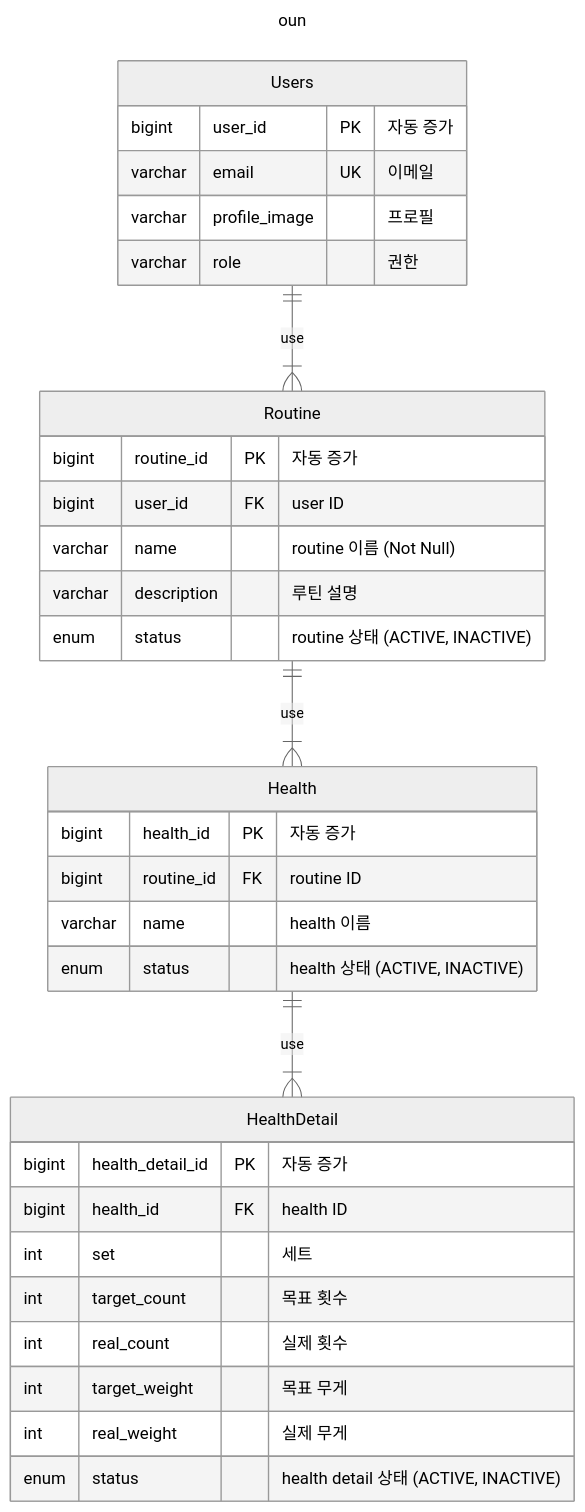
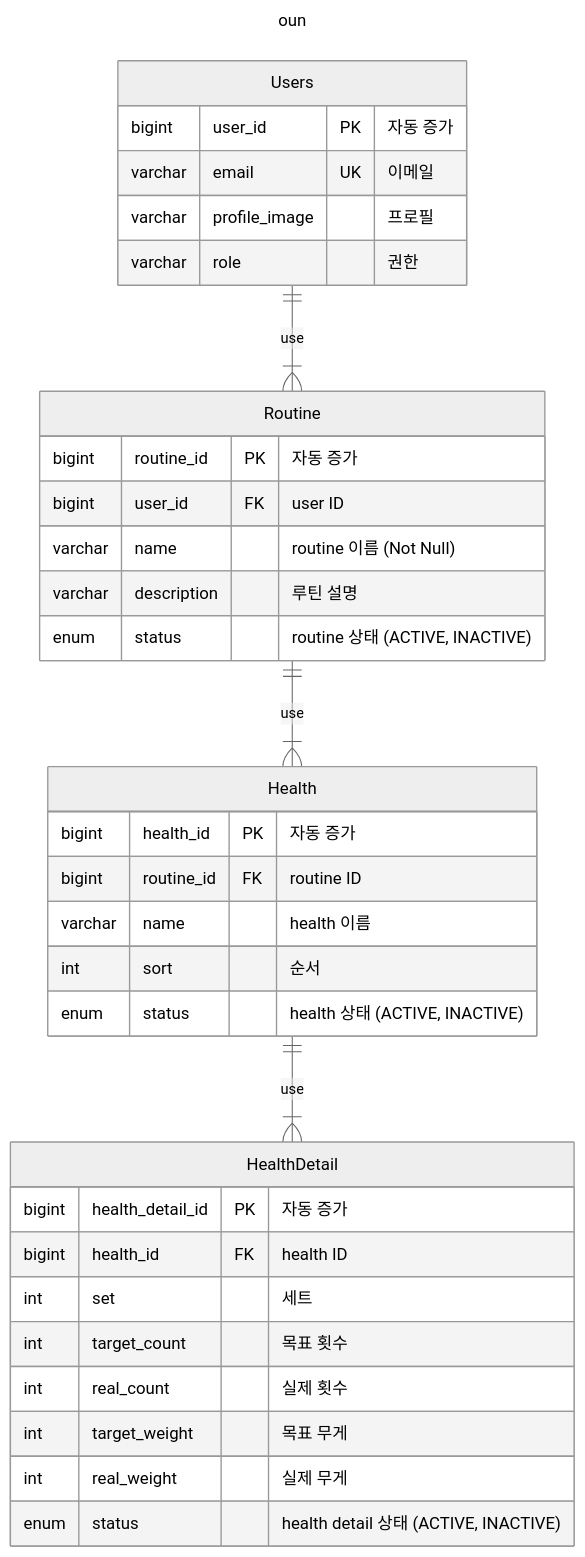
The diagram in README.md (juno-choi/simol), drawn with Mermaid (neutral theme) before and after one commit. The commit also changed 8 other files, not shown here.

````diff
--- a/README.md
+++ b/README.md
@@ -16,44 +16,45 @@
 ```mermaid
 ---
 title: oun
 ---
 
 erDiagram
 
     Users {
         bigint user_id PK "자동 증가"
         varchar email UK "이메일"
         varchar profile_image "프로필"
         varchar role "권한"
     }
     
     Routine {
         bigint routine_id PK "자동 증가"
         bigint user_id FK "user ID"
         varchar name "routine 이름 (Not Null)"
         varchar description "루틴 설명"
         enum status "routine 상태 (ACTIVE, INACTIVE)"
     }
     
     Health {
         bigint health_id PK "자동 증가"
         bigint routine_id FK "routine ID"
         varchar name "health 이름"
+        int sort "순서"
         enum status "health 상태 (ACTIVE, INACTIVE)"
     }
 
     HealthDetail {
         bigint health_detail_id PK "자동 증가"
         bigint health_id FK "health ID"
         int set "세트"
         int target_count "목표 횟수"
         int real_count "실제 횟수"
         int target_weight "목표 무게"
         int real_weight "실제 무게"
         enum status "health detail 상태 (ACTIVE, INACTIVE)"
     }
 
     Users ||--|{ Routine : "use"
     Routine ||--|{ Health : "use"
     Health ||--|{ HealthDetail : "use"
 ```
````
